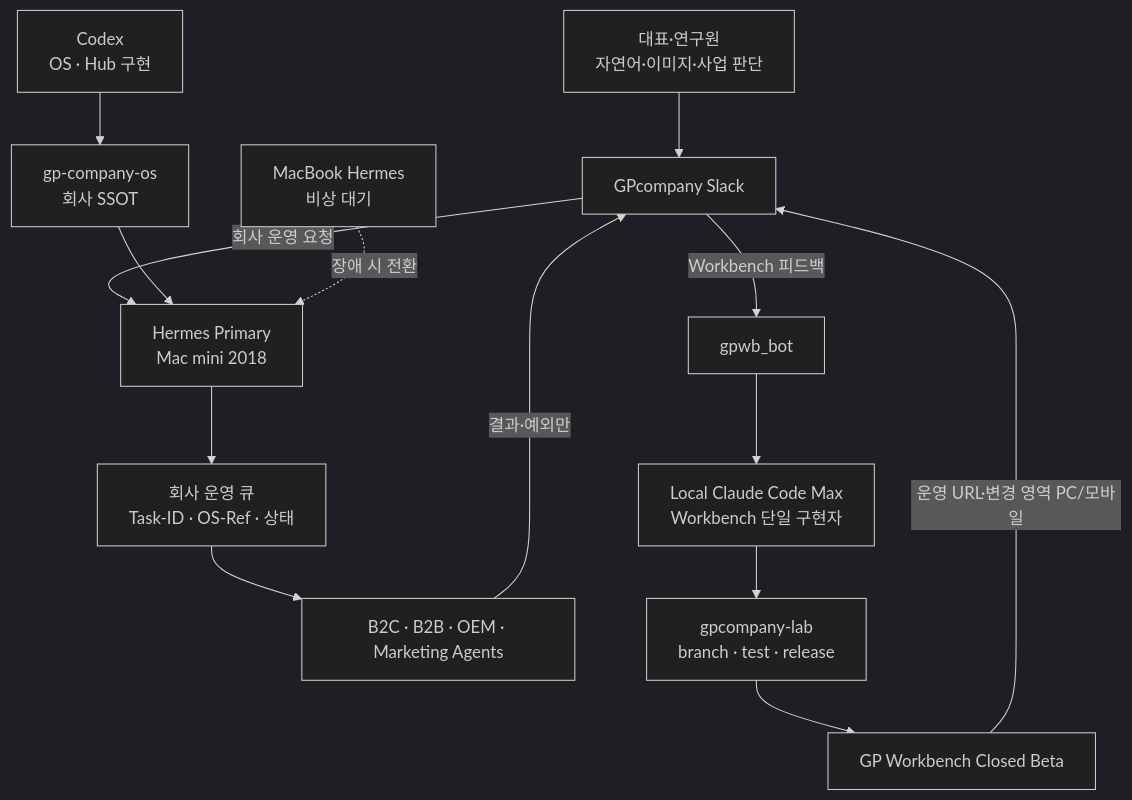
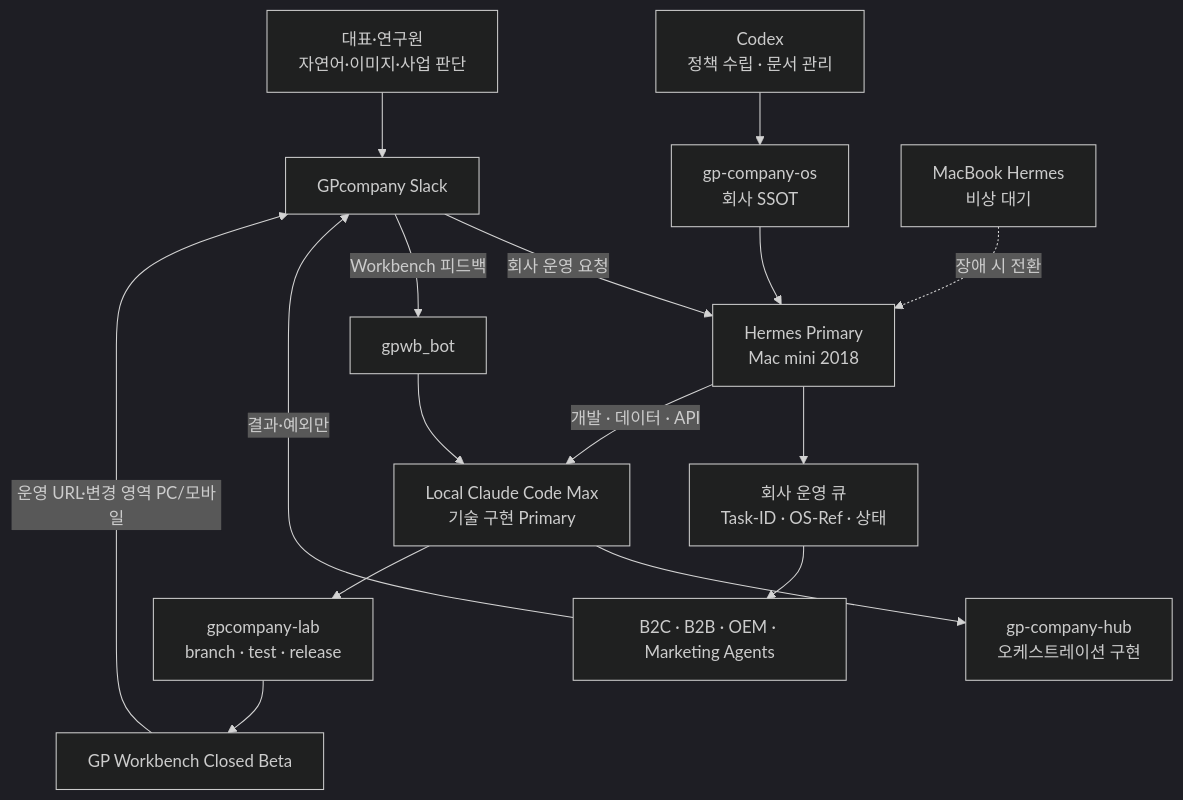
One commit to ajseo-gp/gp-company-os changed the second of 2 diagrams in README.md. Above: the diagram before and after it, drawn with Mermaid (dark theme). The commit also changed other lines of this file and 9 other files, not shown here.

Commit message:
docs: separate Codex and Claude Code responsibilities (#6)

````diff
--- a/README.md
+++ b/README.md
@@ -156,19 +156,21 @@
 ```mermaid
 flowchart TD
     CEO["대표·연구원<br/>자연어·이미지·사업 판단"] --> SLACK["GPcompany Slack"]
 
     SLACK -->|"회사 운영 요청"| HP["Hermes Primary<br/>Mac mini 2018"]
     OS["gp-company-os<br/>회사 SSOT"] --> HP
-    CODEX["Codex<br/>OS · Hub 구현"] --> OS
+    CODEX["Codex<br/>정책 수립 · 문서 관리"] --> OS
     HP --> QUEUE["회사 운영 큐<br/>Task-ID · OS-Ref · 상태"]
     QUEUE --> OPS["B2C · B2B · OEM · Marketing Agents"]
     OPS -->|"결과·예외만"| SLACK
 
     SLACK -->|"Workbench 피드백"| BOT["gpwb_bot"]
-    BOT --> CLAUDE["Local Claude Code Max<br/>Workbench 단일 구현자"]
+    HP -->|"개발 · 데이터 · API"| CLAUDE["Local Claude Code Max<br/>기술 구현 Primary"]
+    BOT --> CLAUDE
+    CLAUDE --> HUB["gp-company-hub<br/>오케스트레이션 구현"]
     CLAUDE --> GH["gpcompany-lab<br/>branch · test · release"]
     GH --> WB["GP Workbench Closed Beta"]
     WB -->|"운영 URL·변경 영역 PC/모바일"| SLACK
 
     HS["MacBook Hermes<br/>비상 대기"] -.장애 시 전환.-> HP
 ```
````
